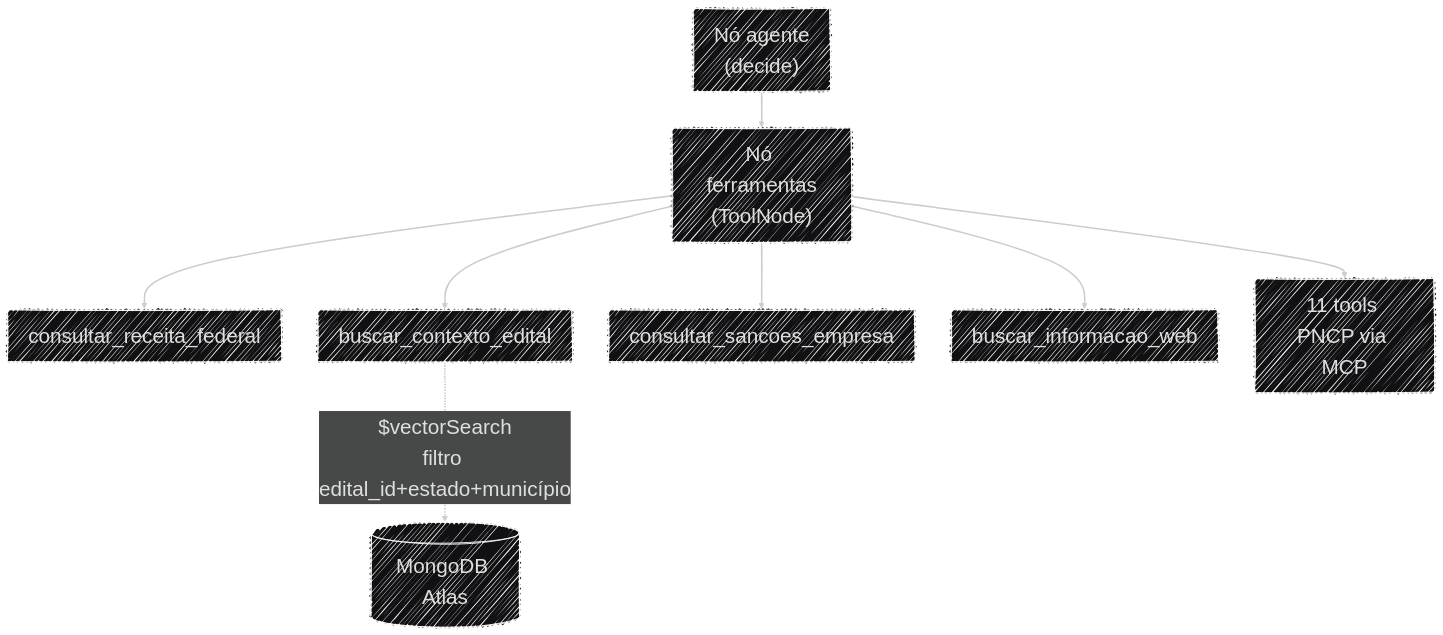
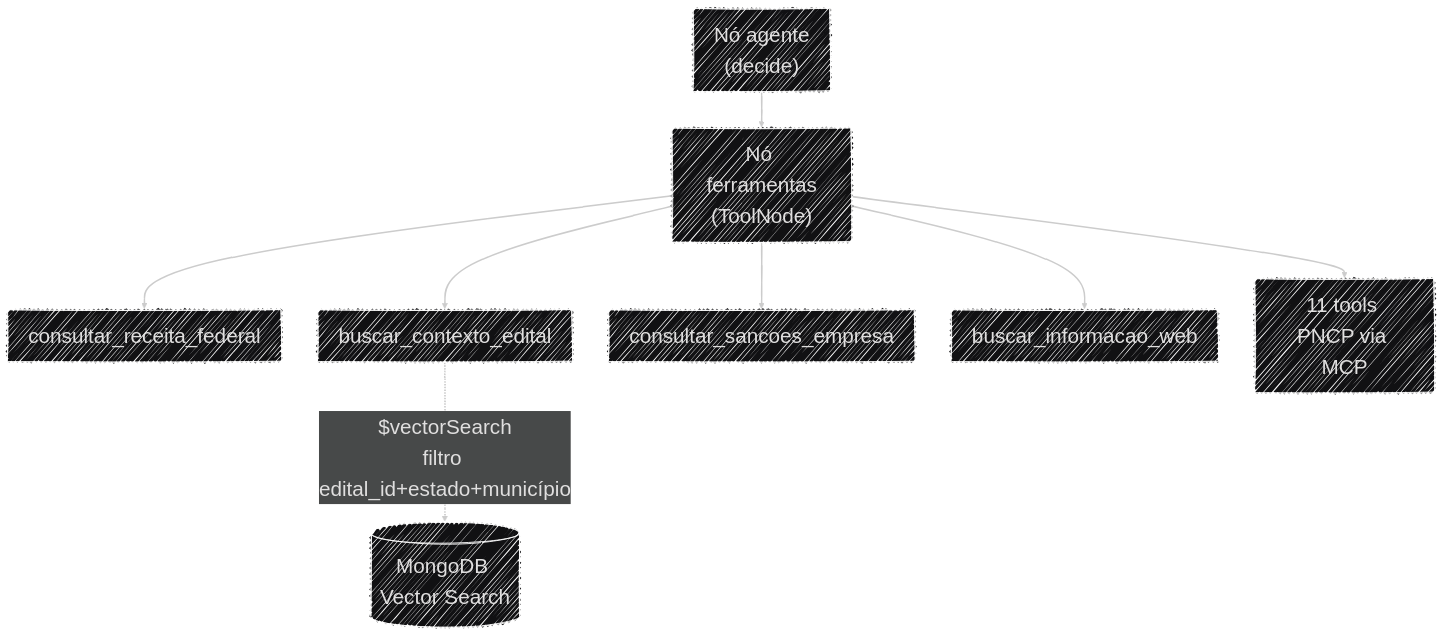
One commit to Moreira-89/auditor-cidadao changed the third of 3 diagrams in docs/arquitetura/fluxo_dados.md. Above: the diagram before and after it, drawn with Mermaid. The commit also changed other lines of this file, not shown here.

Commit message:
docs(arquitetura): usa "MongoDB Vector Search" nos diagramas de fluxo de dados
Mesma simplificação já aplicada no diagrama do pilar Operacional —
não expõe nome de banco/coleção no diagrama, só a peça de infra.

````diff
--- a/docs/arquitetura/fluxo_dados.md
+++ b/docs/arquitetura/fluxo_dados.md
@@ -113,20 +113,20 @@
 ```mermaid
 ---
 config:
   layout: dagre
   theme: redux-dark
   look: handDrawn
   fontFamily: '''Source Code Pro Variable'', monospace'
   themeVariables:
     fontFamily: '''Source Code Pro Variable'', monospace'
     fontSize: '30px'
 ---
 flowchart TB
     AGENTE["Nó agente<br>(decide)"] --> FERR["Nó ferramentas<br>(ToolNode)"]
     FERR --> RF["consultar_receita_federal"]
     FERR --> RAG["buscar_contexto_edital"]
     FERR --> SANC["consultar_sancoes_empresa"]
     FERR --> WEB["buscar_informacao_web"]
     FERR --> MCP["11 tools PNCP via MCP"]
-    RAG -.->|"$vectorSearch<br>filtro edital_id+estado+município"| MG[("MongoDB Atlas")]
+    RAG -.->|"$vectorSearch<br>filtro edital_id+estado+município"| MG[("MongoDB Vector Search")]
 ```
````
